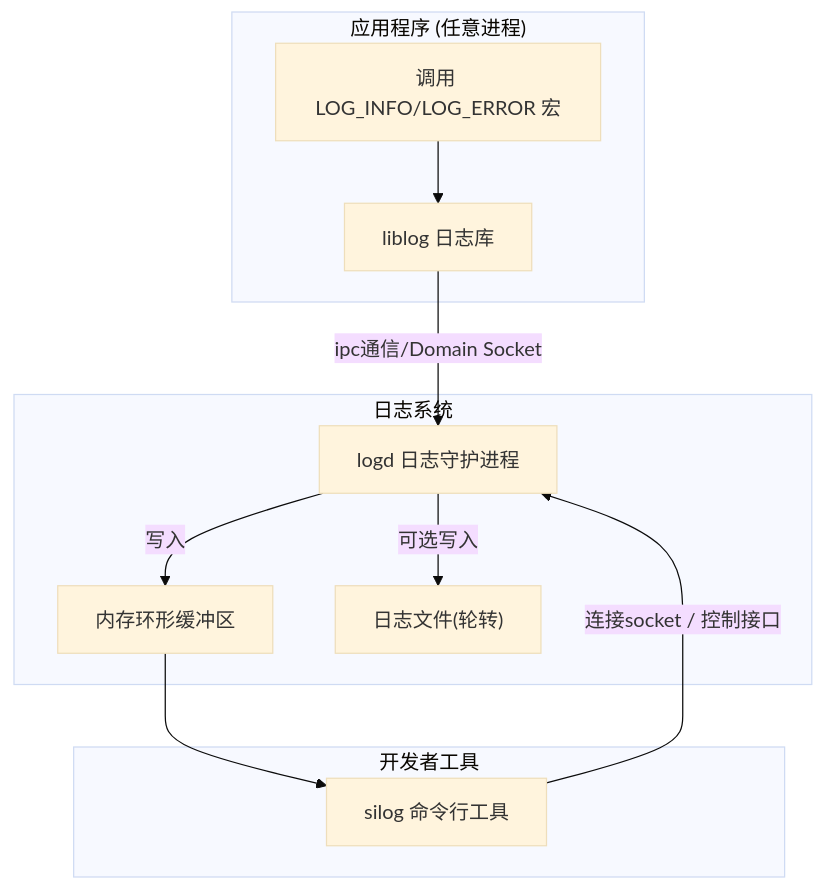
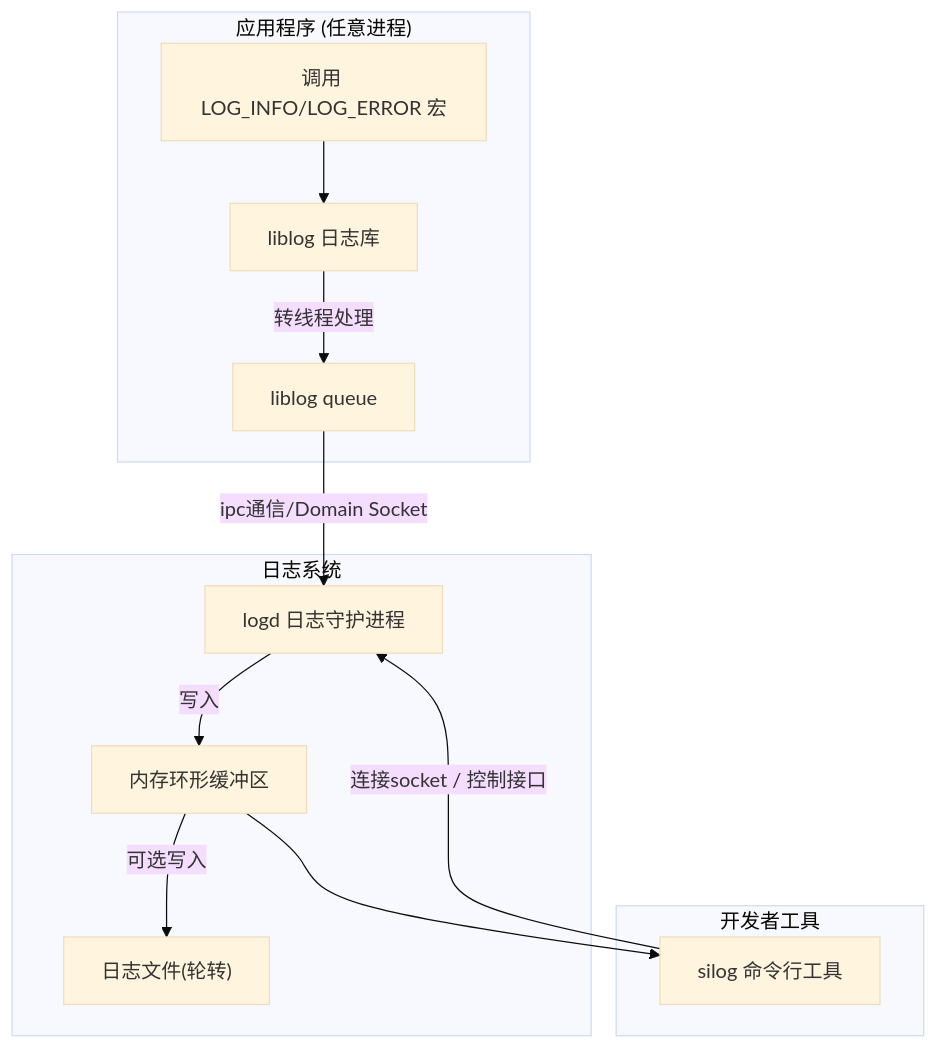
The first of 3 diagrams in README.md (CHEMYSTERY1998/SiLog), drawn with Mermaid (base theme) before and after one commit. The commit also changed other lines of this file and 25 other files, not shown here.

````diff
--- a/README.md
+++ b/README.md
@@ -7,21 +7,24 @@
 ```mermaid
 flowchart TB
     subgraph APP["应用程序 (任意进程)"]
         LOG_API["调用 LOG_INFO/LOG_ERROR 宏"]
         LIBLOG["liblog 日志库"]
+        SENDQUEUE["liblog queue"]
         LOG_API --> LIBLOG
+        LIBLOG -- 转线程处理 -->SENDQUEUE
+        
     end
 
     subgraph SYSTEM["日志系统"]
-        LIBLOG -- ipc通信/Domain Socket --> LOGD["logd 日志守护进程"]
+        SENDQUEUE -- ipc通信/Domain Socket --> LOGD["logd 日志守护进程"]
         LOGD -->|写入| RINGBUF["内存环形缓冲区"]
-        LOGD -->|可选写入| FILES["日志文件(轮转)"]
+        RINGBUF -->|可选写入| FILES["日志文件(轮转)"]
     end
 
     subgraph TOOLS["开发者工具"]
         SILOG["silog 命令行工具"]
         SILOG -- 连接socket / 控制接口 --> LOGD
     end
 
     RINGBUF --> SILOG
 ```
````
